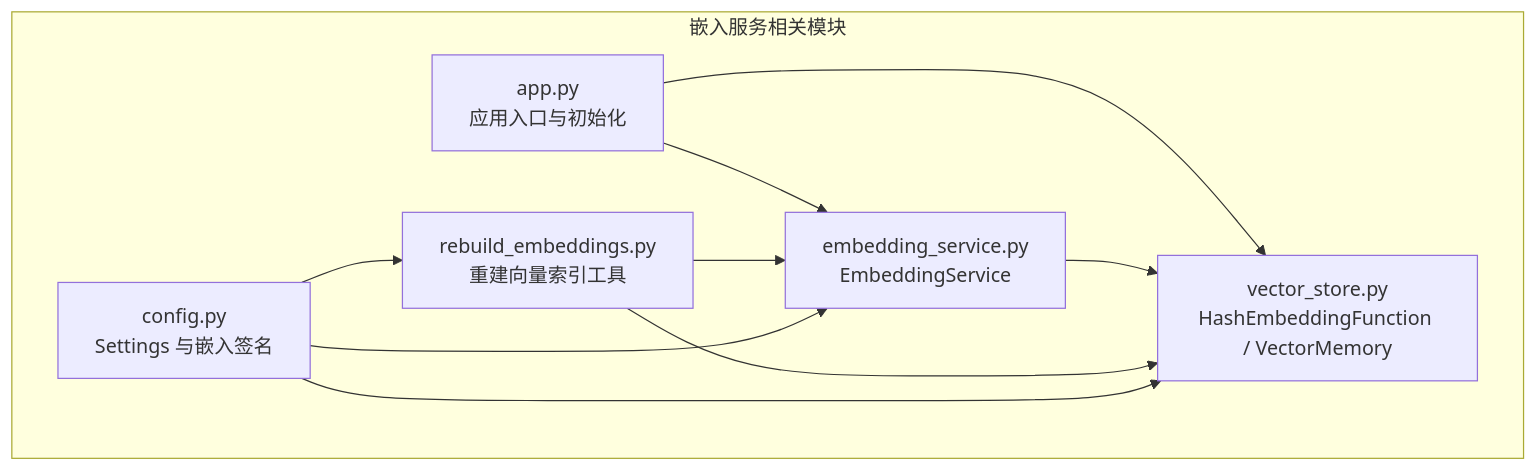
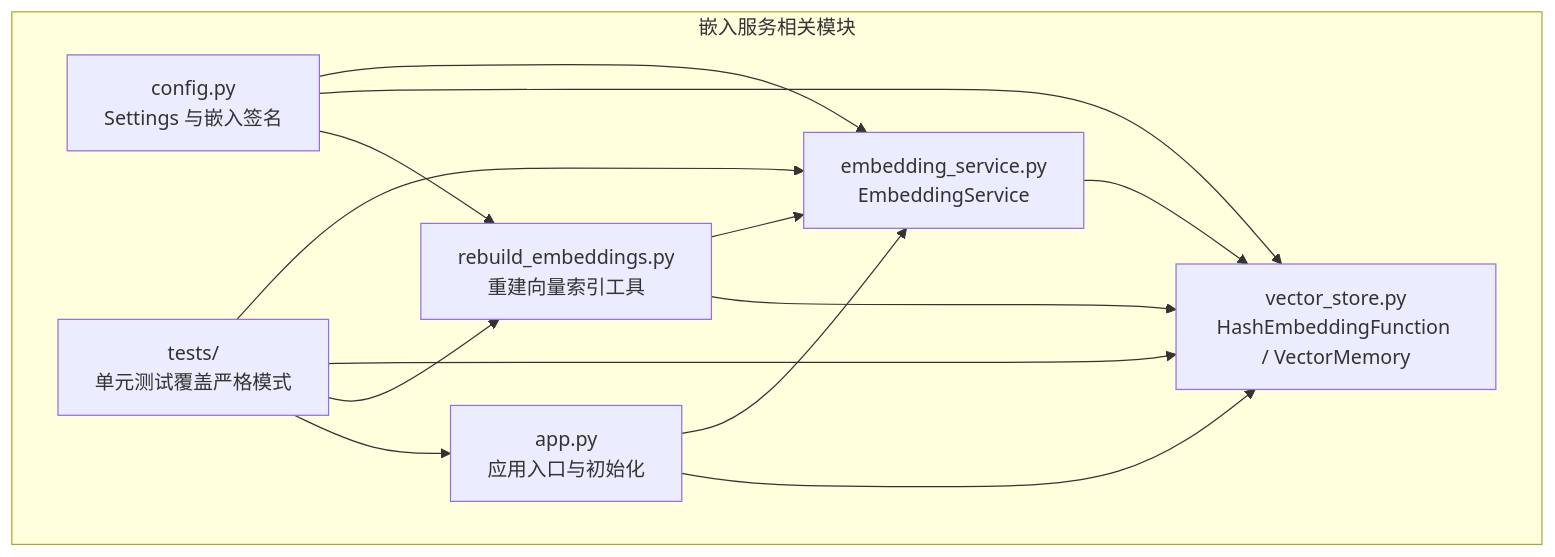
Before and after one commit to Moon-Force/DouYin_llm: the first of 5 diagrams in .qoder/repowiki/zh/content/后端服务/内存管理系统/嵌入模型服务.md, drawn with Mermaid. The commit also changed other lines of this file and 17 other files, not shown here.

````diff
--- a/.qoder/repowiki/zh/content/后端服务/内存管理系统/嵌入模型服务.md
+++ b/.qoder/repowiki/zh/content/后端服务/内存管理系统/嵌入模型服务.md
@@ -41,18 +60,23 @@
 ```mermaid
 graph TB
 subgraph "嵌入服务相关模块"
 A["embedding_service.py<br/>EmbeddingService"]
 B["vector_store.py<br/>HashEmbeddingFunction / VectorMemory"]
 C["rebuild_embeddings.py<br/>重建向量索引工具"]
 D["config.py<br/>Settings 与嵌入签名"]
 E["app.py<br/>应用入口与初始化"]
+F["tests/<br/>单元测试覆盖严格模式"]
 end
 E --> A
 E --> B
 A --> B
 C --> A
 C --> B
 D --> A
 D --> B
 D --> C
+F --> A
+F --> B
+F --> C
+F --> E
 ```
````
